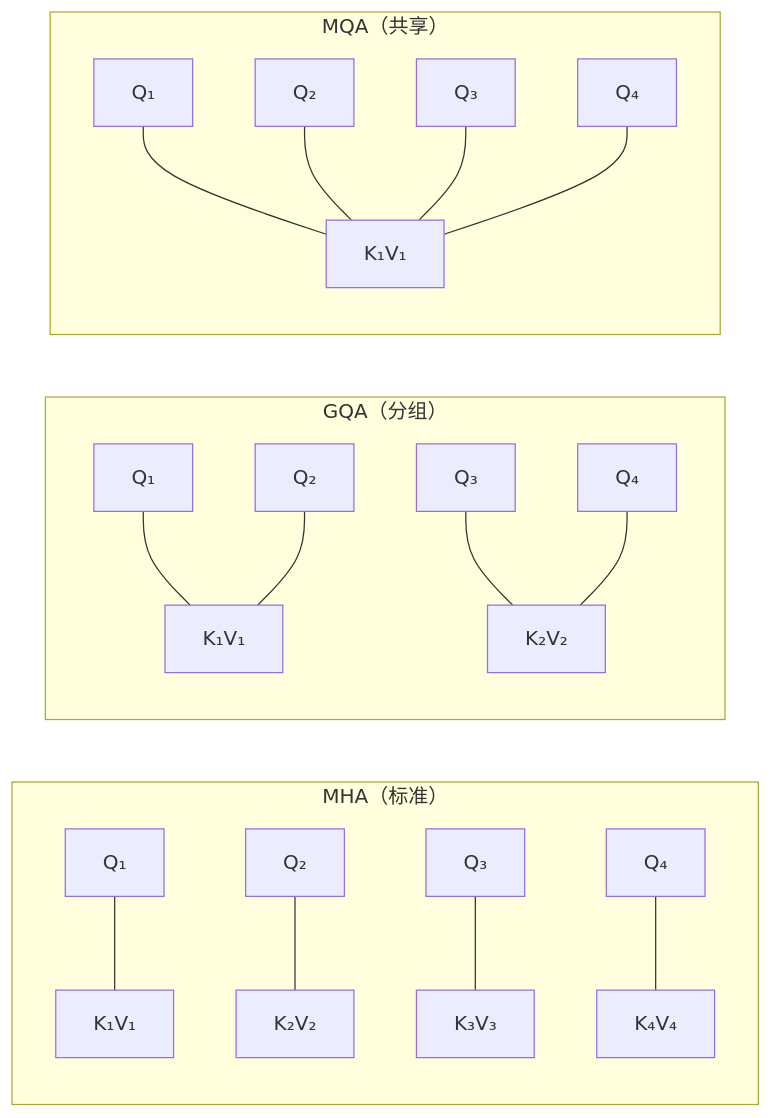
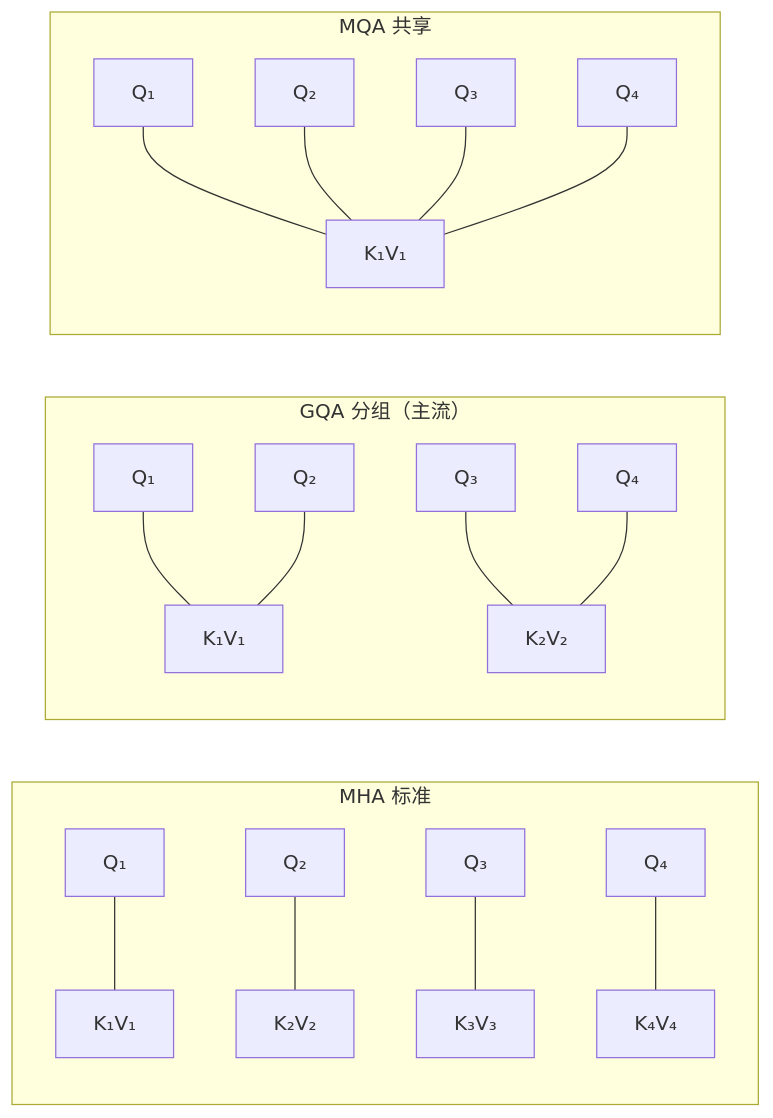
Before and after one commit to pillarliang/study-notes: the third of 9 diagrams in AI/00-从一个问题的旅程看AI全貌.md, drawn with Mermaid. The commit also changed other lines of this file and 9 other files, not shown here.

````diff
--- a/AI/00-从一个问题的旅程看AI全貌.md
+++ b/AI/00-从一个问题的旅程看AI全貌.md
@@ -479,21 +378,21 @@
 ```mermaid
 flowchart LR
-    subgraph MHA["MHA（标准）"]
+    subgraph MHA["MHA 标准"]
         Q1["Q₁"] --- KV1["K₁V₁"]
         Q2["Q₂"] --- KV2["K₂V₂"]
         Q3["Q₃"] --- KV3["K₃V₃"]
         Q4["Q₄"] --- KV4["K₄V₄"]
     end
-    subgraph GQA["GQA（分组）"]
+    subgraph GQA["GQA 分组（主流）"]
         Q5["Q₁"] --- KV5["K₁V₁"]
         Q6["Q₂"] --- KV5
         Q7["Q₃"] --- KV6["K₂V₂"]
         Q8["Q₄"] --- KV6
     end
-    subgraph MQA_["MQA（共享）"]
+    subgraph MQA_["MQA 共享"]
         Q9["Q₁"] --- KV7["K₁V₁"]
         Q10["Q₂"] --- KV7
         Q11["Q₃"] --- KV7
         Q12["Q₄"] --- KV7
     end
 ```
````
